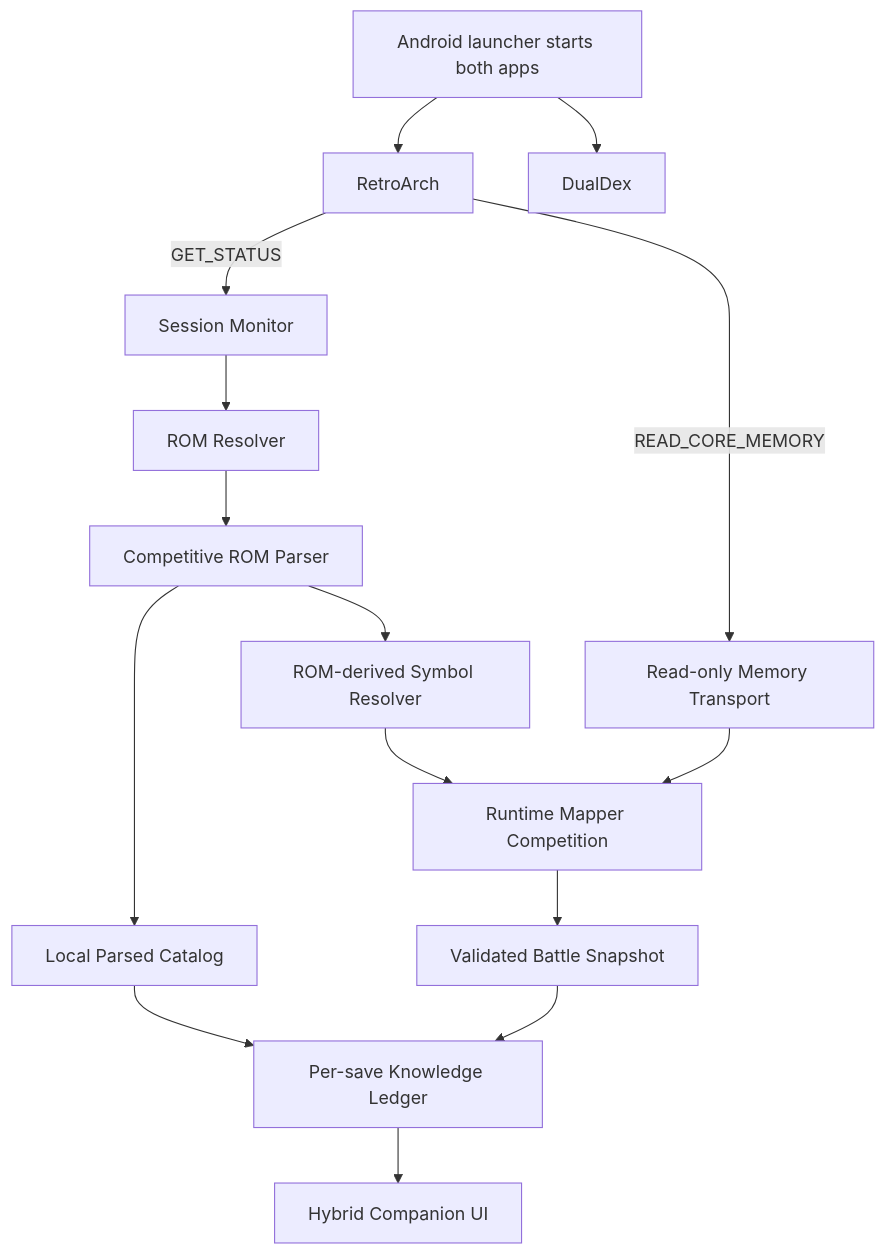
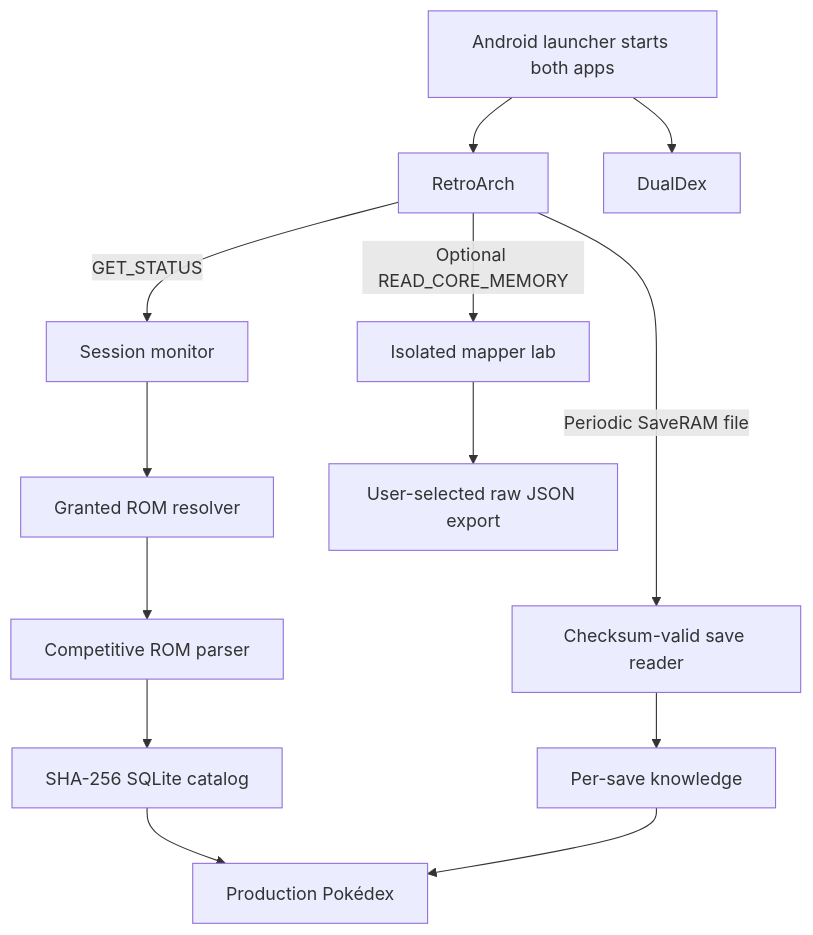
The diagram in README.md (Darkaxt/DualScreenDex), drawn with Mermaid before and after one commit. The commit also changed other lines of this file and 25 other files, not shown here.

````diff
--- a/README.md
+++ b/README.md
@@ -131,17 +125,15 @@
 ```mermaid
 flowchart TD
     C[Android launcher starts both apps] --> RA[RetroArch]
     C --> DD[DualDex]
-    RA -->|GET_STATUS| S[Session Monitor]
-    S --> R[ROM Resolver]
-    R --> P[Competitive ROM Parser]
-    P --> CAT[Local Parsed Catalog]
-    P --> SR[ROM-derived Symbol Resolver]
-    RA -->|READ_CORE_MEMORY| M[Read-only Memory Transport]
-    SR --> RM[Runtime Mapper Competition]
-    M --> RM
-    RM --> B[Validated Battle Snapshot]
-    B --> K[Per-save Knowledge Ledger]
-    CAT --> K
-    K --> UI[Hybrid Companion UI]
+    RA -->|GET_STATUS| S[Session monitor]
+    S --> R[Granted ROM resolver]
+    R --> P[Competitive ROM parser]
+    P --> CAT[SHA-256 SQLite catalog]
+    RA -->|Periodic SaveRAM file| SV[Checksum-valid save reader]
+    SV --> K[Per-save knowledge]
+    CAT --> UI[Production Pokédex]
+    K --> UI
+    RA -->|Optional READ_CORE_MEMORY| LAB[Isolated mapper lab]
+    LAB --> JSON[User-selected raw JSON export]
 ```
````
